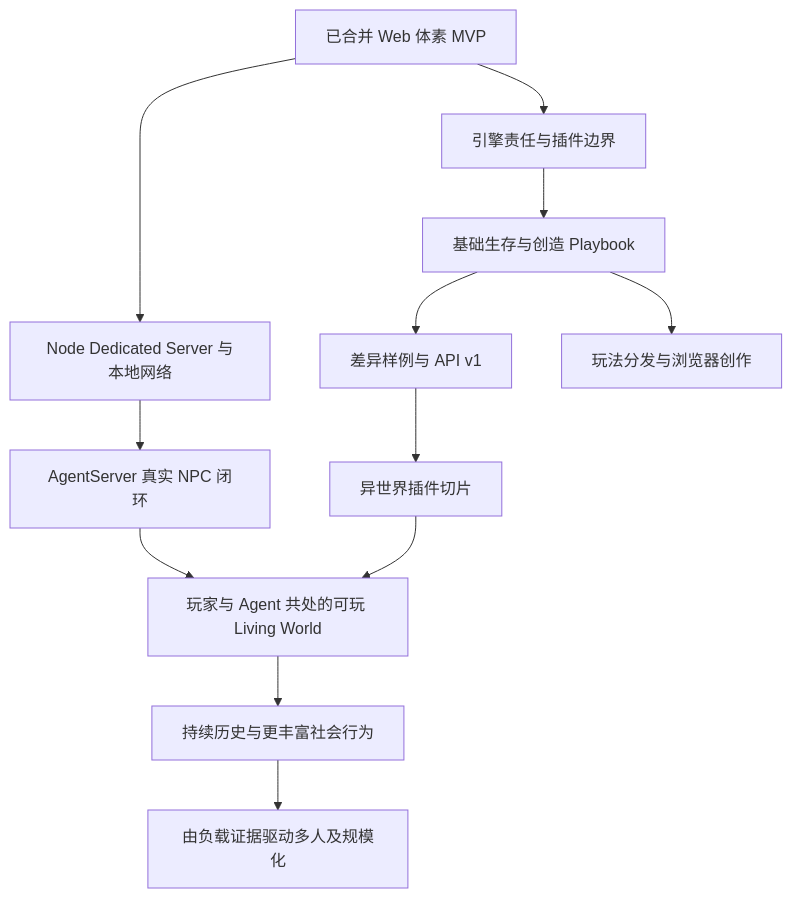
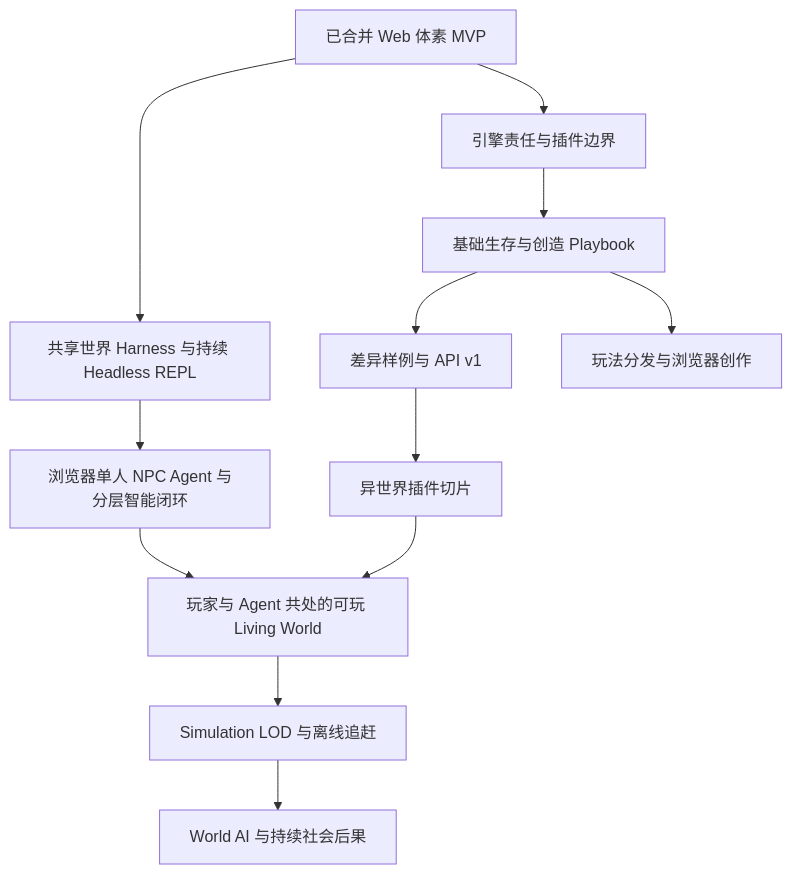
The diagram in docs/living-world-alignment.md (seedlands-game/seedlands-web-sandbox), drawn with Mermaid before and after one commit. The commit also changed other lines of this file and 239 other files, not shown here.

First line of the commit message:
refactor: 归档 Node Server 并确立浏览器 Agent Living World 路线 (#24)

````diff
--- a/docs/living-world-alignment.md
+++ b/docs/living-world-alignment.md
@@ -213,14 +219,14 @@
 ```mermaid
 flowchart TD
-  M[已合并 Web 体素 MVP] --> A[Node Dedicated Server 与本地网络]
+  M[已合并 Web 体素 MVP] --> A[共享世界 Harness 与持续 Headless REPL]
   M --> B[引擎责任与插件边界]
-  A --> C[AgentServer 真实 NPC 闭环]
+  A --> C[浏览器单人 NPC Agent 与分层智能闭环]
   B --> P[基础生存与创造 Playbook]
   P --> V[差异样例与 API v1]
   V --> D[异世界插件切片]
   P --> H[玩法分发与浏览器创作]
   C --> E[玩家与 Agent 共处的可玩 Living World]
   D --> E
-  E --> F[持续历史与更丰富社会行为]
-  F --> G[由负载证据驱动多人及规模化]
+  E --> F[Simulation LOD 与离线追赶]
+  F --> G[World AI 与持续社会后果]
 ```
````
